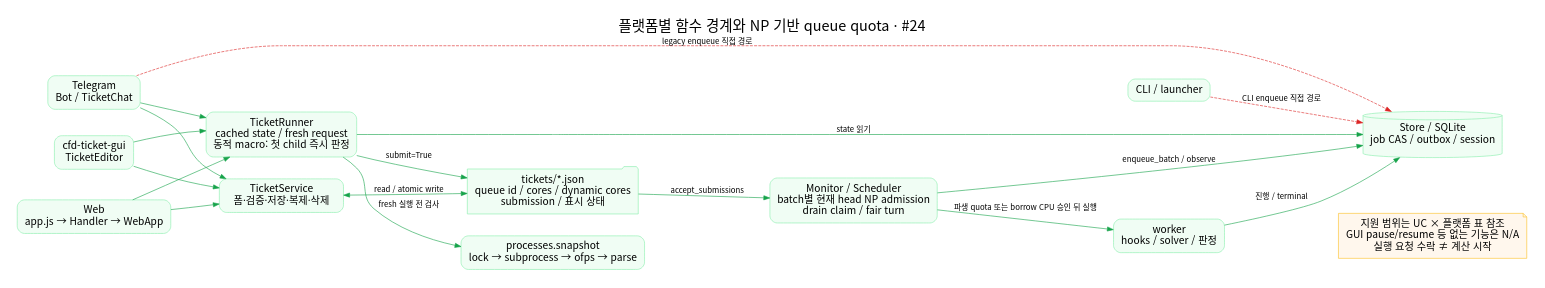
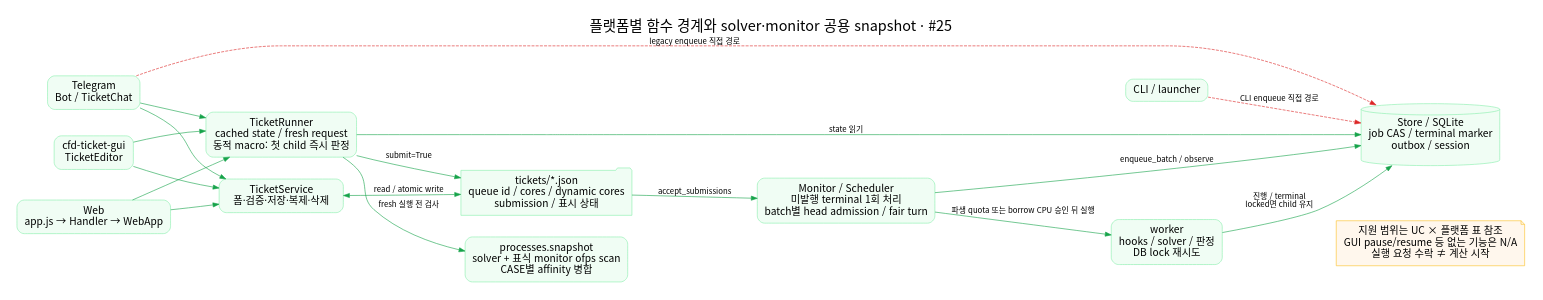
The diagram in docs/diagrams/platform-architecture.dot (jo0n-lab/cfd-bot), drawn with Graphviz before and after one commit. The commit also changed 45 other files, not shown here.

Commit message:
fix: track monitor CPUs and isolate SQLite lock contention

```diff
--- a/docs/diagrams/platform-architecture.dot
+++ b/docs/diagrams/platform-architecture.dot
@@ -1,30 +1,30 @@
 digraph platform {
- graph [rankdir=LR,bgcolor=white,pad=.3,nodesep=.5,ranksep=.8,fontname="Noto Sans CJK KR",fontsize=24,label="플랫폼별 함수 경계와 NP 기반 queue quota · #24",labelloc=t];
+ graph [rankdir=LR,bgcolor=white,pad=.3,nodesep=.5,ranksep=.8,fontname="Noto Sans CJK KR",fontsize=24,label="플랫폼별 함수 경계와 solver·monitor 공용 snapshot · #25",labelloc=t];
  node [shape=box,style="rounded,filled",fillcolor="#f0fdf4",color="#86efac",fontname="Noto Sans CJK KR",fontsize=17,margin=".18,.12"];
  edge [fontname="Noto Sans CJK KR",fontsize=13,color="#16a34a"];
  tg [label="Telegram\nBot / TicketChat",URL="lld/telegram.md"];
  gui [label="cfd-ticket-gui\nTicketEditor",URL="lld/gui.md"];
  web [label="Web\napp.js → Handler → WebApp",URL="lld/web.md"];
  cli [label="CLI / launcher",URL="lld/runtime.md"];
  service [label="TicketService\n폼·검증·저장·복제·삭제",URL="diagrams/D-02.svg"];
  run [label="TicketRunner\ncached state / fresh request\n동적 macro: 첫 child 즉시 판정",URL="diagrams/D-03.svg"];
- store [shape=cylinder,label="Store / SQLite\njob CAS / outbox / session"];
+ store [shape=cylinder,label="Store / SQLite\njob CAS / terminal marker\noutbox / session"];
  json [shape=folder,label="tickets/*.json\nqueue id / cores / dynamic cores\nsubmission / 표시 상태"];
- snapshot [label="processes.snapshot\nlock → subprocess → ofps → parse",URL="diagrams/D-04.svg"];
- monitor [label="Monitor / Scheduler\nbatch별 현재 head NP admission\ndrain claim / fair turn",URL="diagrams/BG-04.svg"];
- worker [label="worker\nhooks / solver / 판정",URL="diagrams/BG-05.svg"];
+ snapshot [label="processes.snapshot\nsolver + 표식 monitor ofps scan\nCASE별 affinity 병합",URL="diagrams/D-04.svg"];
+ monitor [label="Monitor / Scheduler\n미발행 terminal 1회 처리\nbatch별 head admission / fair turn",URL="diagrams/BG-04.svg"];
+ worker [label="worker\nhooks / solver / 판정\nDB lock 재시도",URL="diagrams/BG-05.svg"];
  tg -> service;gui -> service;web -> service;
  tg -> run;gui -> run;web -> run;
  service -> json [label="read / atomic write",dir=both];
  run -> snapshot [label="fresh 실행 전 검사"];
  run -> json [label="submit=True"];
  run -> store [label="state 읽기"];
  json -> monitor [label="accept_submissions"];
  monitor -> store [label="enqueue_batch / observe"];
  monitor -> worker [label="파생 quota 또는 borrow CPU 승인 뒤 실행"];
- worker -> store [label="진행 / terminal"];
+ worker -> store [label="진행 / terminal\nlocked면 child 유지"];
  tg -> store [label="legacy enqueue 직접 경로",color="#dc2626",style=dashed];
  cli -> store [label="CLI enqueue 직접 경로",color="#dc2626",style=dashed];
  note [shape=note,label="지원 범위는 UC × 플랫폼 표 참조\nGUI pause/resume 등 없는 기능은 N/A\n실행 요청 수락 ≠ 계산 시작",fillcolor="#fff7ed",color="#fbbf24"];
  worker -> note [style=invis];
 }
```
